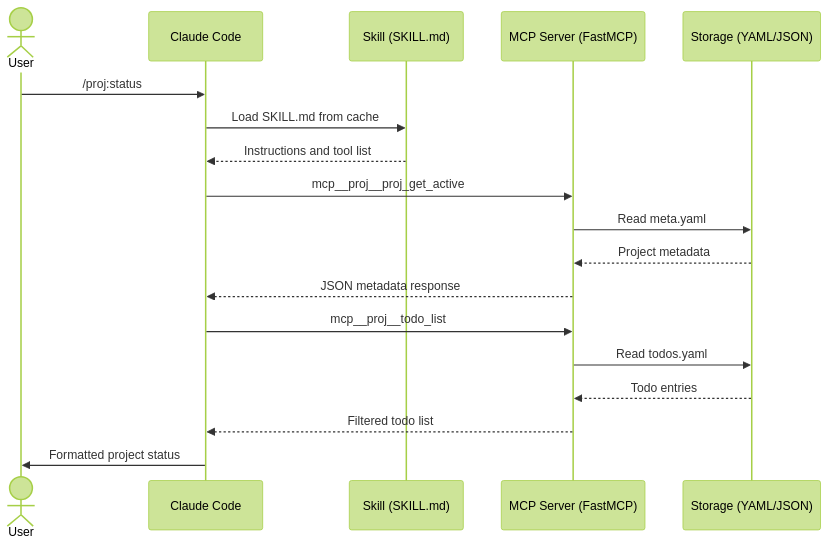
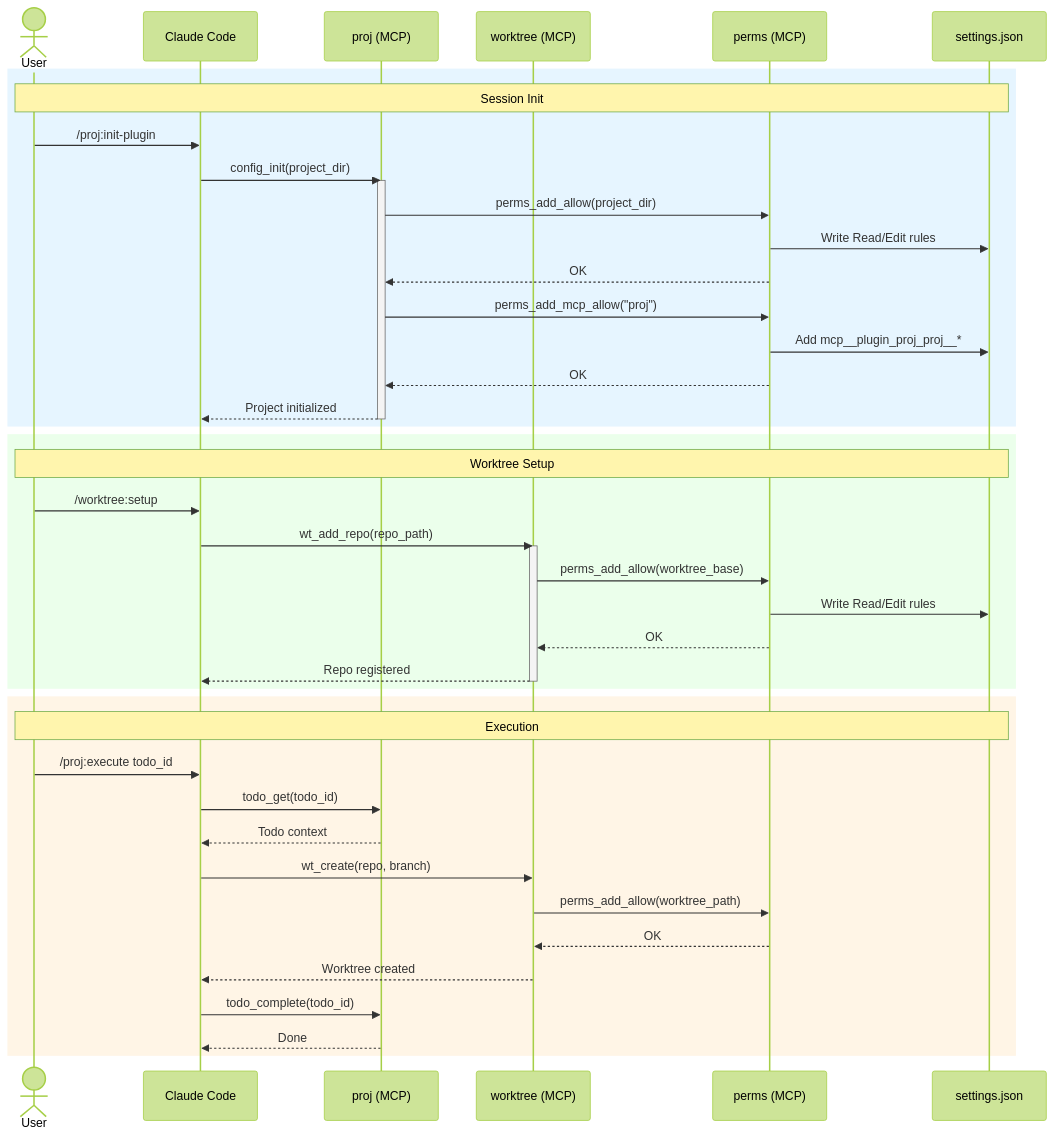
The third of 6 diagrams in README.md (raulfrk/claude-project-manager), drawn with Mermaid (forest theme) before and after one commit. The commit also changed other lines of this file and 17 other files, not shown here.

````diff
--- a/README.md
+++ b/README.md
@@ -666,21 +286,49 @@
 ```mermaid
 sequenceDiagram
     actor User
     participant CC as Claude Code
-    participant SK as Skill (SKILL.md)
-    participant MCP as MCP Server (FastMCP)
-    participant ST as Storage (YAML/JSON)
+    participant proj as proj (MCP)
+    participant wt as worktree (MCP)
+    participant perms as perms (MCP)
+    participant settings as settings.json
 
-    User->>CC: /proj:status
-    CC->>SK: Load SKILL.md from cache
-    SK-->>CC: Instructions and tool list
-    CC->>MCP: mcp__proj__proj_get_active
-    MCP->>ST: Read meta.yaml
-    ST-->>MCP: Project metadata
-    MCP-->>CC: JSON metadata response
-    CC->>MCP: mcp__proj__todo_list
-    MCP->>ST: Read todos.yaml
-    ST-->>MCP: Todo entries
-    MCP-->>CC: Filtered todo list
-    CC->>User: Formatted project status
+    rect rgb(230, 245, 255)
+        Note over User, settings: Session Init
+        User->>CC: /proj:init-plugin
+        CC->>proj: config_init(project_dir)
+        activate proj
+        proj->>perms: perms_add_allow(project_dir)
+        perms->>settings: Write Read/Edit rules
+        perms-->>proj: OK
+        proj->>perms: perms_add_mcp_allow("proj")
+        perms->>settings: Add mcp__plugin_proj_proj__*
+        perms-->>proj: OK
+        proj-->>CC: Project initialized
+        deactivate proj
+    end
+
+    rect rgb(235, 255, 235)
+        Note over User, settings: Worktree Setup
+        User->>CC: /worktree:setup
+        CC->>wt: wt_add_repo(repo_path)
+        activate wt
+        wt->>perms: perms_add_allow(worktree_base)
+        perms->>settings: Write Read/Edit rules
+        perms-->>wt: OK
+        wt-->>CC: Repo registered
+        deactivate wt
+    end
+
+    rect rgb(255, 245, 230)
+        Note over User, settings: Execution
+        User->>CC: /proj:execute todo_id
+        CC->>proj: todo_get(todo_id)
+        proj-->>CC: Todo context
+        CC->>wt: wt_create(repo, branch)
+        wt->>perms: perms_add_allow(worktree_path)
+        perms-->>wt: OK
+        wt-->>CC: Worktree created
+        CC->>proj: todo_complete(todo_id)
+        proj-->>CC: Done
+    end
 ```
````
